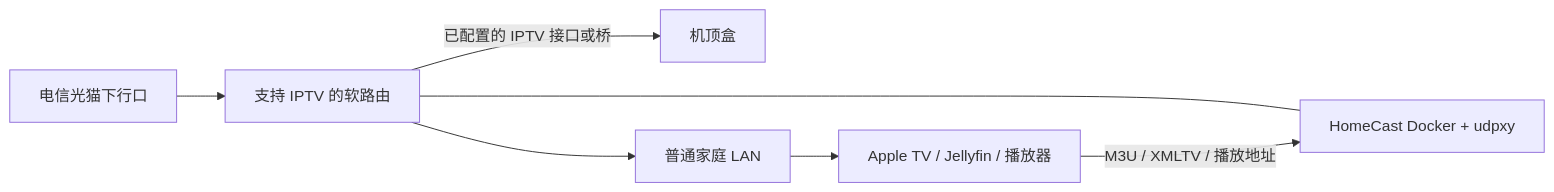
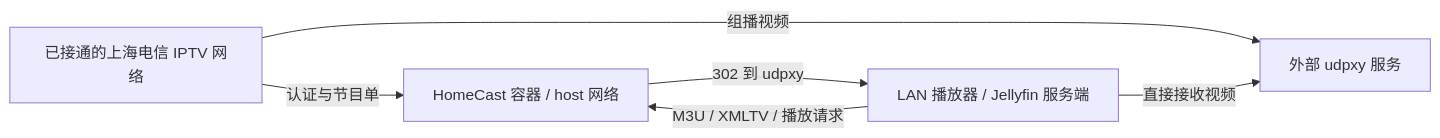
Before and after one commit to holyful/shanghai-telecom-iptv: the diagram in README.md, drawn with Mermaid. The commit also changed other lines of this file and 30 other files, not shown here.

First line of the commit message:
feat: simplify Docker deployment and clarify IPTV prerequisites (#2)

````diff
--- a/README.md
+++ b/README.md
@@ -24,9 +27,8 @@
 ```mermaid
 flowchart LR
-  A[电信光猫下行口] --> B[支持 IPTV 的软路由]
-  B -->|已配置的 IPTV 接口或桥| C[机顶盒]
-  B --> D[普通家庭 LAN]
-  D --> E[Apple TV / Jellyfin / 播放器]
-  B --- F[HomeCast Docker + udpxy]
-  E -->|M3U / XMLTV / 播放地址| F
+  IPTV[已接通的上海电信 IPTV 网络] -->|认证与节目单| HC[HomeCast 容器 / host 网络]
+  IPTV -->|组播视频| UDP[外部 udpxy 服务]
+  CLIENT[LAN 播放器 / Jellyfin 服务端] -->|M3U / XMLTV / 播放请求| HC
+  HC -->|302 到 udpxy| CLIENT
+  CLIENT -->|直接接收视频| UDP
 ```
````
